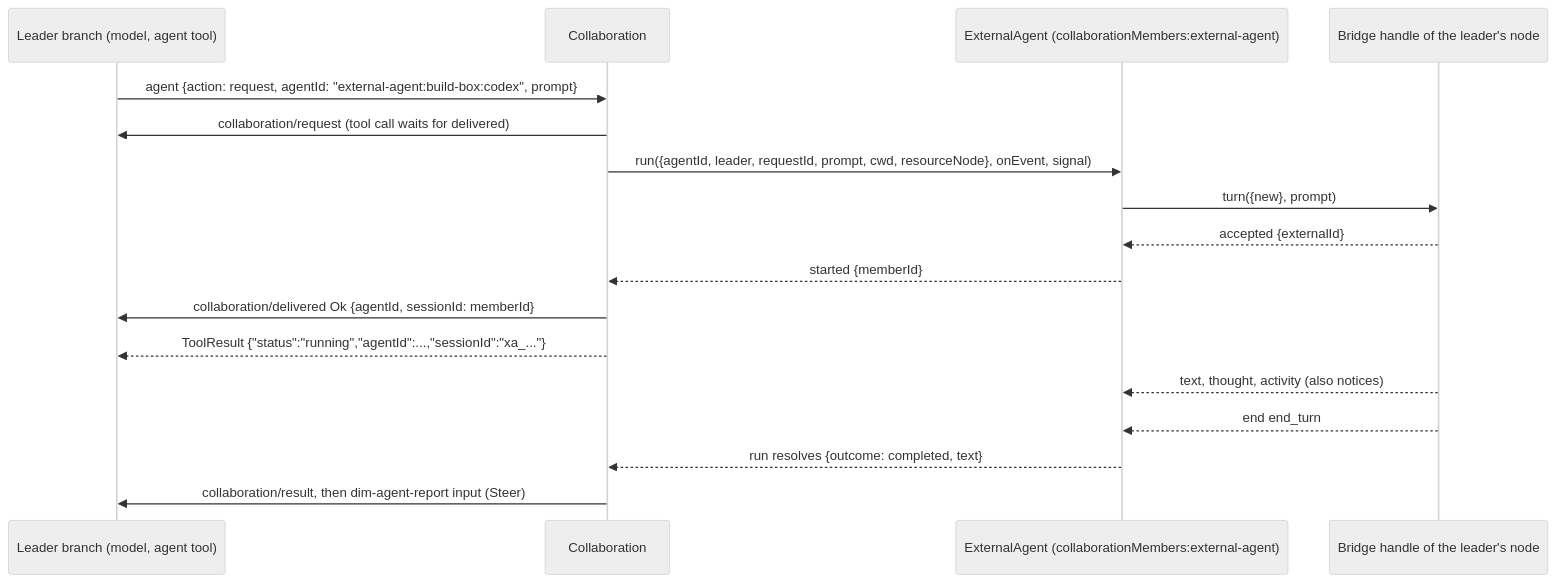
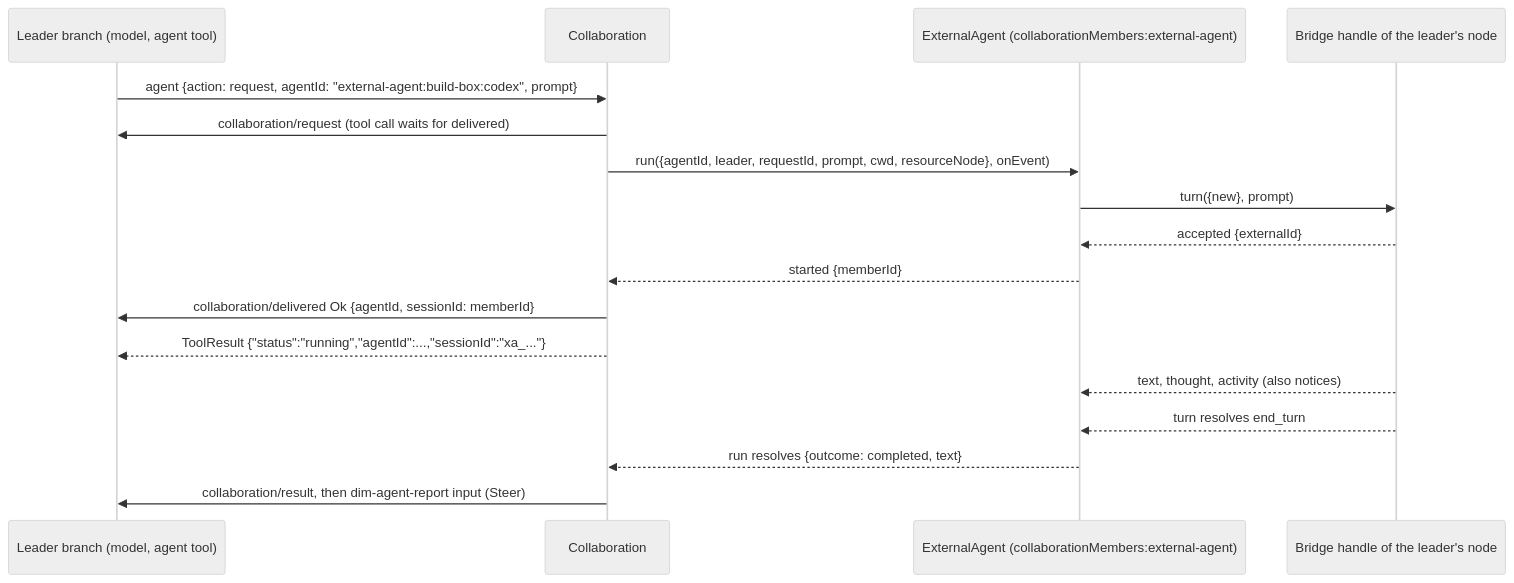
The second of 4 diagrams in docs/design/plugins/ExternalAgent.md (CoutinhoTTS/dim-agent), drawn with Mermaid (neutral theme) before and after one commit. The commit also changed other lines of this file and 6 other files, not shown here.

First line of the commit message:
docs(external-agent): address review on leader end, cancel, D4 and clients

````diff
--- a/docs/design/plugins/ExternalAgent.md
+++ b/docs/design/plugins/ExternalAgent.md
@@ -127,19 +131,19 @@
 ```mermaid
 sequenceDiagram
   participant L as Leader branch (model, agent tool)
   participant C as Collaboration
   participant X as ExternalAgent (collaborationMembers:external-agent)
   participant B as Bridge handle of the leader's node
   L->>C: agent {action: request, agentId: "external-agent:build-box:codex", prompt}
   C->>L: collaboration/request (tool call waits for delivered)
-  C->>X: run({agentId, leader, requestId, prompt, cwd, resourceNode}, onEvent, signal)
+  C->>X: run({agentId, leader, requestId, prompt, cwd, resourceNode}, onEvent)
   X->>B: turn({new}, prompt)
   B-->>X: accepted {externalId}
   X-->>C: started {memberId}
   C->>L: collaboration/delivered Ok {agentId, sessionId: memberId}
   C-->>L: ToolResult {"status":"running","agentId":...,"sessionId":"xa_..."}
   B-->>X: text, thought, activity (also notices)
-  B-->>X: end end_turn
+  B-->>X: turn resolves end_turn
   X-->>C: run resolves {outcome: completed, text}
   C->>L: collaboration/result, then dim-agent-report input (Steer)
 ```
````
